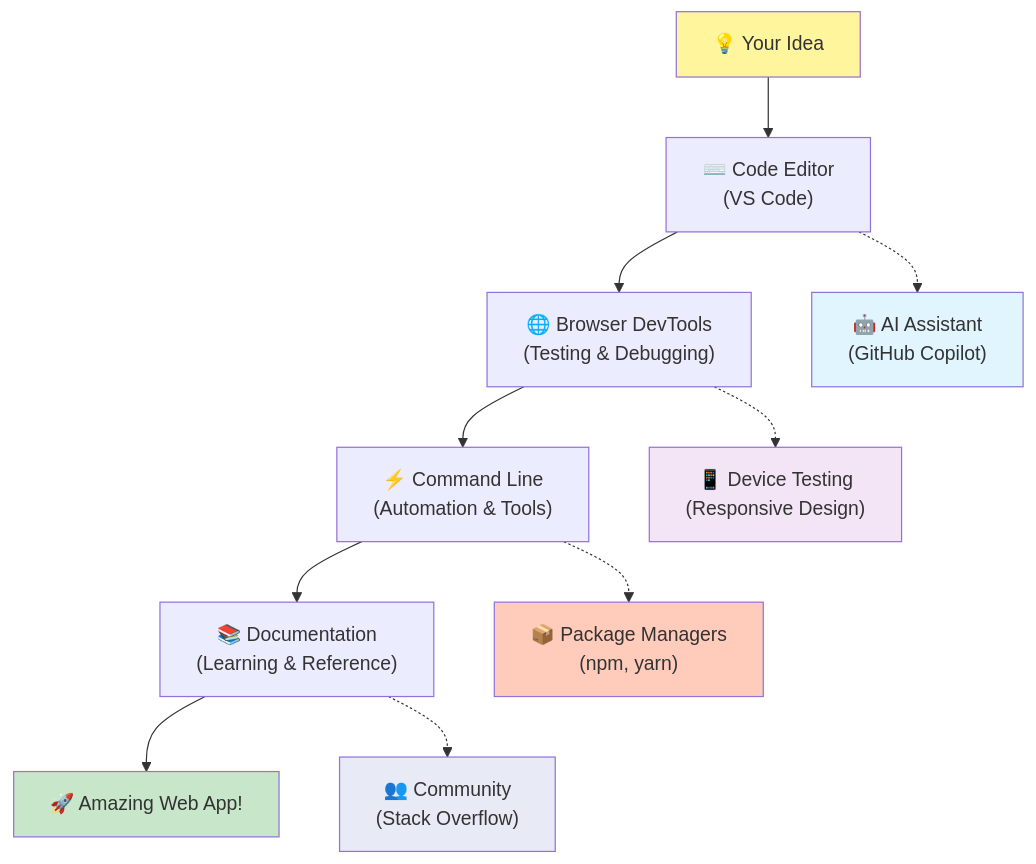
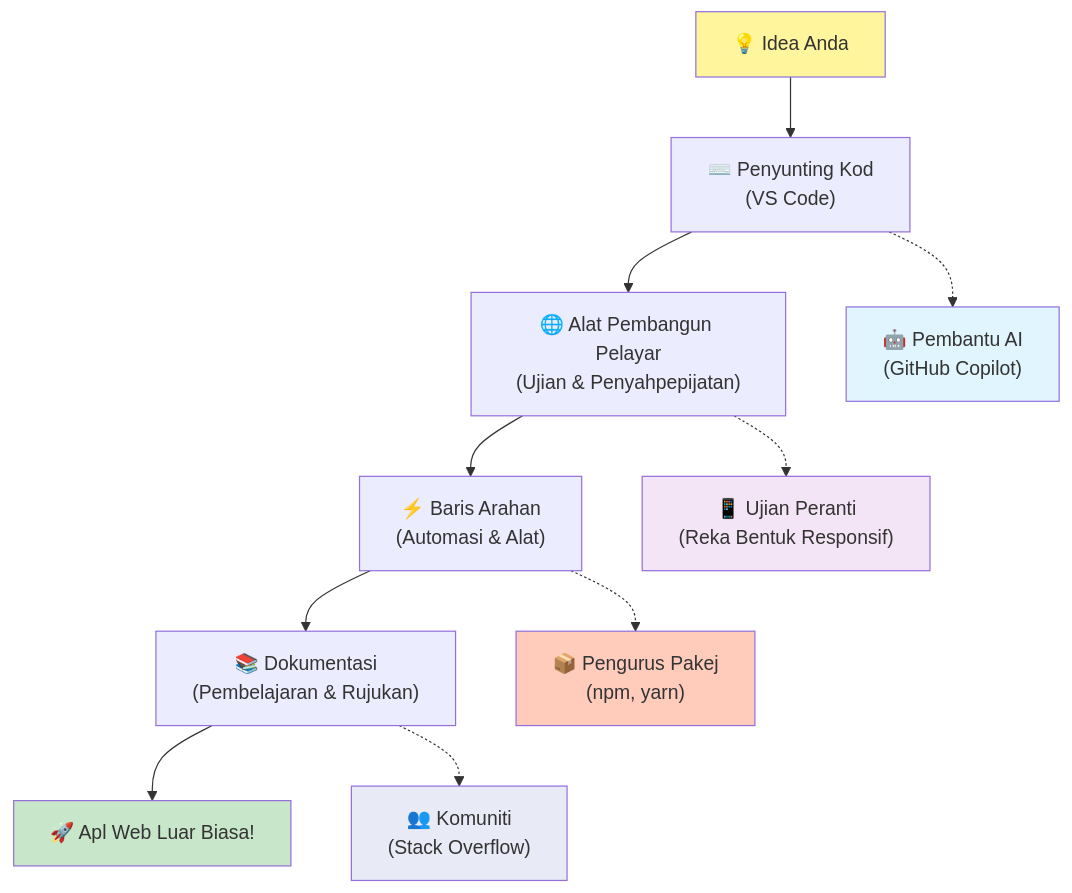
Before and after one commit to microsoft/Web-Dev-For-Beginners: the fifth of 7 diagrams in translations/ms/1-getting-started-lessons/1-intro-to-programming-languages/README.md, drawn with Mermaid. The commit also changed other lines of this file and 11 other files, not shown here.

````diff
--- a/translations/ms/1-getting-started-lessons/1-intro-to-programming-languages/README.md
+++ b/translations/ms/1-getting-started-lessons/1-intro-to-programming-languages/README.md
@@ -491,20 +488,20 @@
 ```mermaid
 graph TD
-    A["💡 Your Idea"] --> B["⌨️ Code Editor<br/>(VS Code)"] 
-    B --> C["🌐 Browser DevTools<br/>(Testing & Debugging)"]
-    C --> D["⚡ Command Line<br/>(Automation & Tools)"]
-    D --> E["📚 Documentation<br/>(Learning & Reference)"]
-    E --> F["🚀 Amazing Web App!"]
+    A["💡 Idea Anda"] --> B["⌨️ Penyunting Kod<br/>(VS Code)"] 
+    B --> C["🌐 Alat Pembangun Pelayar<br/>(Ujian & Penyahpepijatan)"]
+    C --> D["⚡ Baris Arahan<br/>(Automasi & Alat)"]
+    D --> E["📚 Dokumentasi<br/>(Pembelajaran & Rujukan)"]
+    E --> F["🚀 Apl Web Luar Biasa!"]
     
-    B -.-> G["🤖 AI Assistant<br/>(GitHub Copilot)"]
-    C -.-> H["📱 Device Testing<br/>(Responsive Design)"]
-    D -.-> I["📦 Package Managers<br/>(npm, yarn)"]
-    E -.-> J["👥 Community<br/>(Stack Overflow)"]
+    B -.-> G["🤖 Pembantu AI<br/>(GitHub Copilot)"]
+    C -.-> H["📱 Ujian Peranti<br/>(Reka Bentuk Responsif)"]
+    D -.-> I["📦 Pengurus Pakej<br/>(npm, yarn)"]
+    E -.-> J["👥 Komuniti<br/>(Stack Overflow)"]
     
     style A fill:#fff59d
     style F fill:#c8e6c9
     style G fill:#e1f5fe
     style H fill:#f3e5f5
     style I fill:#ffccbc
     style J fill:#e8eaf6
 ```
````
